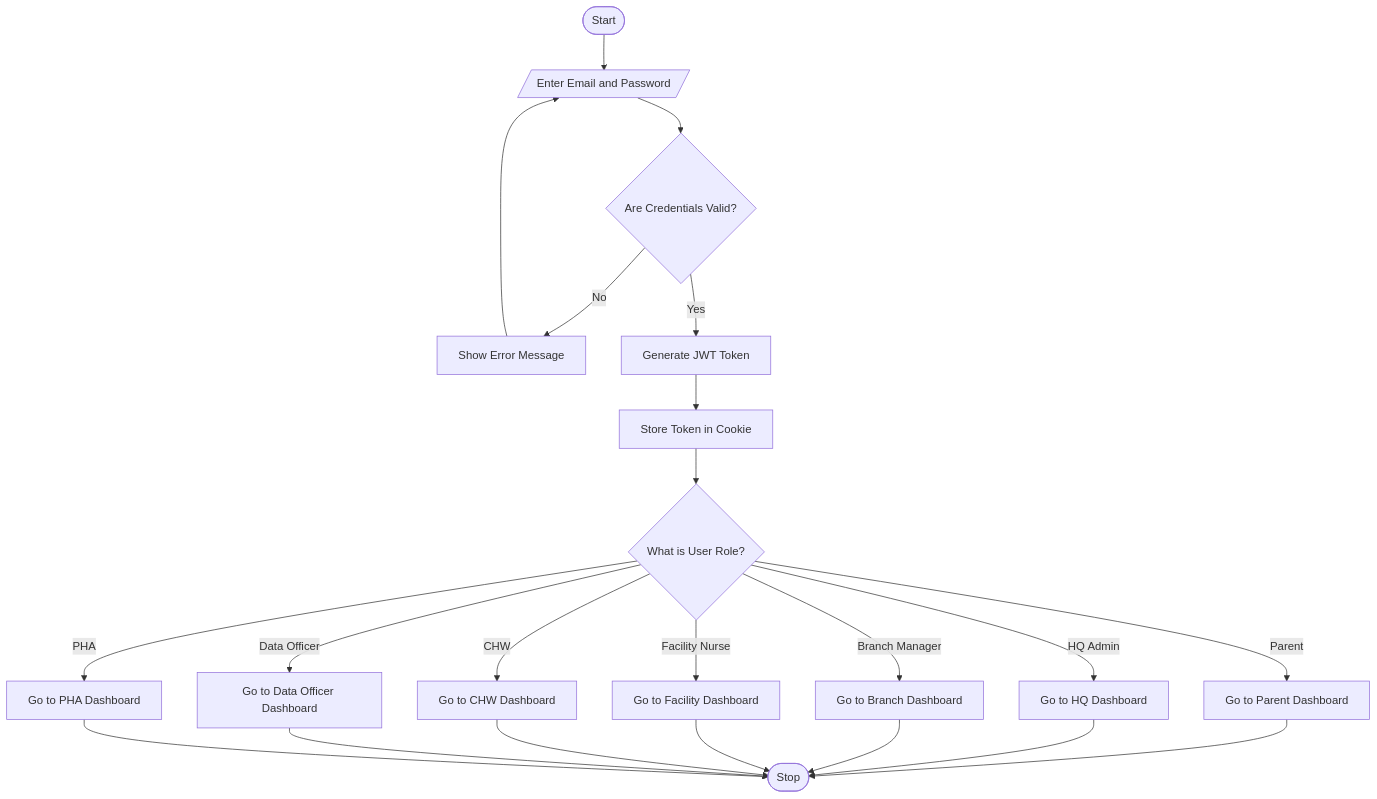
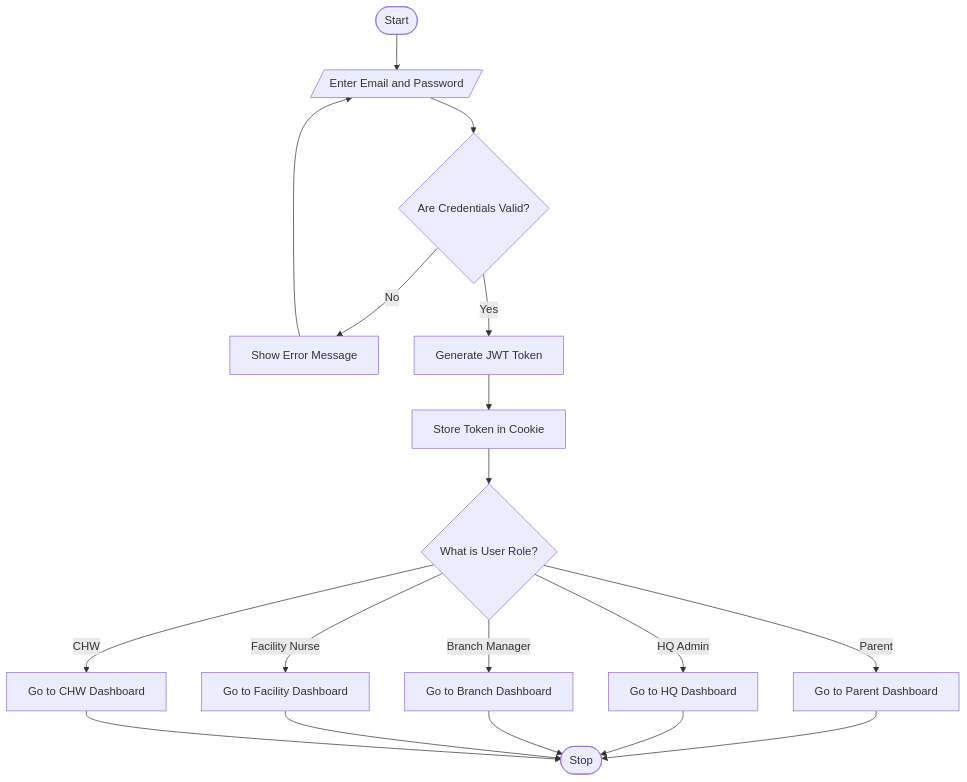
Before and after one commit to Juny-max/child-vaccination-system: the second of 21 diagrams in docs/CHAPTER_4_DIAGRAMS.md, drawn with Mermaid. The commit also changed other lines of this file and 1 other file, not shown here.

````diff
--- a/docs/CHAPTER_4_DIAGRAMS.md
+++ b/docs/CHAPTER_4_DIAGRAMS.md
@@ -143,24 +139,20 @@
 ```mermaid
 flowchart TD
     A([Start]) --> B[/Enter Email and Password/]
     B --> C{Are Credentials Valid?}
     C -->|No| D[Show Error Message]
     D --> B
     C -->|Yes| E[Generate JWT Token]
     E --> F[Store Token in Cookie]
     F --> G{What is User Role?}
     G -->|Parent| H[Go to Parent Dashboard]
     G -->|HQ Admin| I[Go to HQ Dashboard]
     G -->|Branch Manager| J[Go to Branch Dashboard]
     G -->|Facility Nurse| K[Go to Facility Dashboard]
     G -->|CHW| L[Go to CHW Dashboard]
-    G -->|Data Officer| M[Go to Data Officer Dashboard]
-    G -->|PHA| N[Go to PHA Dashboard]
     H --> O([Stop])
     I --> O
     J --> O
     K --> O
     L --> O
-    M --> O
-    N --> O
 ```
````
